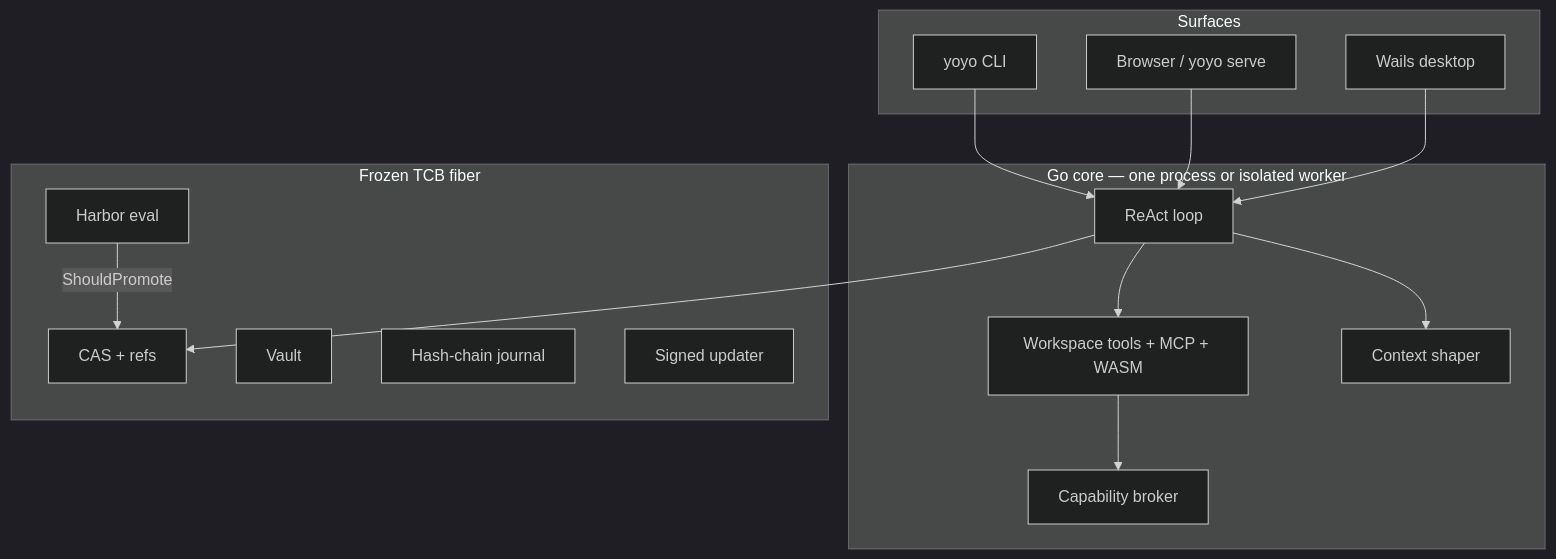
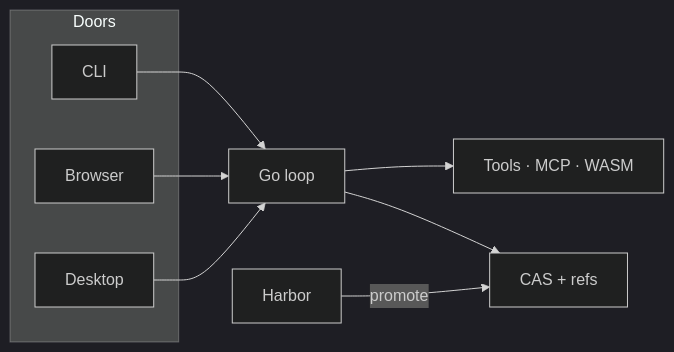
Before and after one commit to Shenchangxin/yoyo: the diagram in README.md, drawn with Mermaid (dark theme). The commit also changed other lines of this file and 6 other files, not shown here.

````diff
--- a/README.md
+++ b/README.md
@@ -47,32 +172,18 @@
 ```mermaid
-flowchart TB
-  subgraph surfaces [Surfaces]
-    CLI[yoyo CLI]
-    HTTP[Browser / yoyo serve]
-    GUI[Wails desktop]
+flowchart LR
+  subgraph doors [Doors]
+    CLI[CLI]
+    HTTP[Browser]
+    GUI[Desktop]
   end
-
-  subgraph core [Go core — one process or isolated worker]
-    Loop[ReAct loop]
-    Tools[Workspace tools + MCP + WASM]
-    Caps[Capability broker]
-    Shape[Context shaper]
-  end
-
-  subgraph tcb [Frozen TCB fiber]
-    CAS[CAS + refs]
-    Harbor[Harbor eval]
-    Vault[Vault]
-    Journal[Hash-chain journal]
-    Updater[Signed updater]
-  end
-
+  Loop[Go loop]
+  Tools[Tools · MCP · WASM]
+  CAS[CAS + refs]
+  Harbor[Harbor]
   CLI --> Loop
   HTTP --> Loop
   GUI --> Loop
-  Loop --> Shape
   Loop --> Tools
-  Tools --> Caps
   Loop --> CAS
-  Harbor -->|"ShouldPromote"| CAS
+  Harbor -->|promote| CAS
 ```
````
